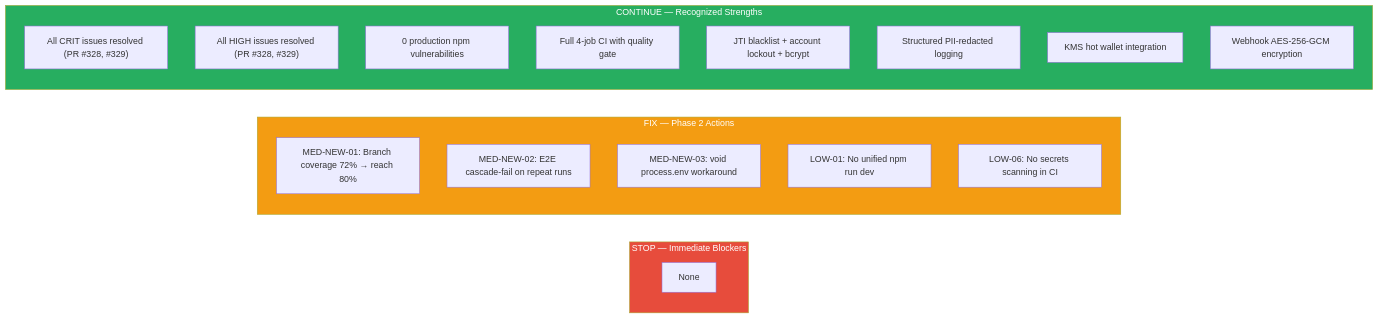
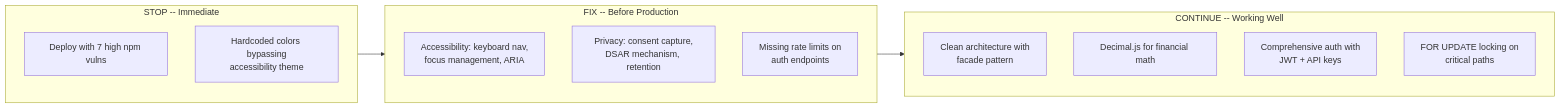
The third of 12 diagrams in products/stablecoin-gateway/docs/AUDIT-REPORT.md (Tamoura/Claude-Code-creates-the-SW-company), drawn with Mermaid before and after one commit. The commit also changed other lines of this file and 34 other files, not shown here.

````diff
--- a/products/stablecoin-gateway/docs/AUDIT-REPORT.md
+++ b/products/stablecoin-gateway/docs/AUDIT-REPORT.md
@@ -156,27 +129,19 @@
 ```mermaid
 flowchart LR
-    subgraph STOP["STOP — Immediate Blockers"]
-        S1["None"]
+    subgraph STOP["STOP -- Immediate"]
+        S1["Deploy with 7 high npm vulns"]
+        S2["Hardcoded colors bypassing\naccessibility theme"]
     end
-    subgraph FIX["FIX — Phase 2 Actions"]
-        F1["MED-NEW-01: Branch coverage 72% → reach 80%"]
-        F2["MED-NEW-02: E2E cascade-fail on repeat runs"]
-        F3["MED-NEW-03: void process.env workaround"]
-        F4["LOW-01: No unified npm run dev"]
-        F5["LOW-06: No secrets scanning in CI"]
+    subgraph FIX["FIX -- Before Production"]
+        F1["Accessibility: keyboard nav,\nfocus management, ARIA"]
+        F2["Privacy: consent capture,\nDSAR mechanism, retention"]
+        F3["Missing rate limits on\nauth endpoints"]
     end
-    subgraph CONTINUE["CONTINUE — Recognized Strengths"]
-        C1["All CRIT issues resolved (PR #328, #329)"]
-        C2["All HIGH issues resolved (PR #328, #329)"]
-        C3["0 production npm vulnerabilities"]
-        C4["Full 4-job CI with quality gate"]
-        C5["JTI blacklist + account lockout + bcrypt"]
-        C6["Structured PII-redacted logging"]
-        C7["KMS hot wallet integration"]
-        C8["Webhook AES-256-GCM encryption"]
+    subgraph CONTINUE["CONTINUE -- Working Well"]
+        C1["Clean architecture with\nfacade pattern"]
+        C2["Decimal.js for financial math"]
+        C3["Comprehensive auth with\nJWT + API keys"]
+        C4["FOR UPDATE locking on\ncritical paths"]
     end
-
-    style STOP fill:#e74c3c,color:#fff
-    style FIX fill:#f39c12,color:#fff
-    style CONTINUE fill:#27ae60,color:#fff
+    STOP --> FIX --> CONTINUE
 ```
````
